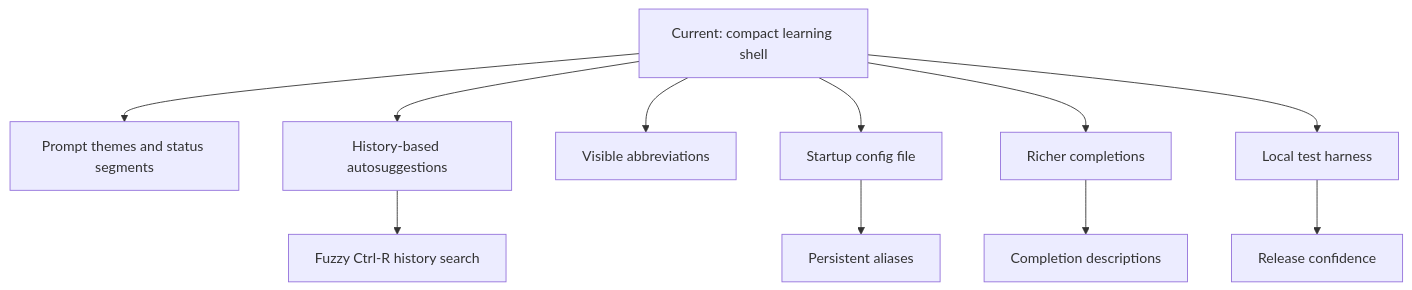
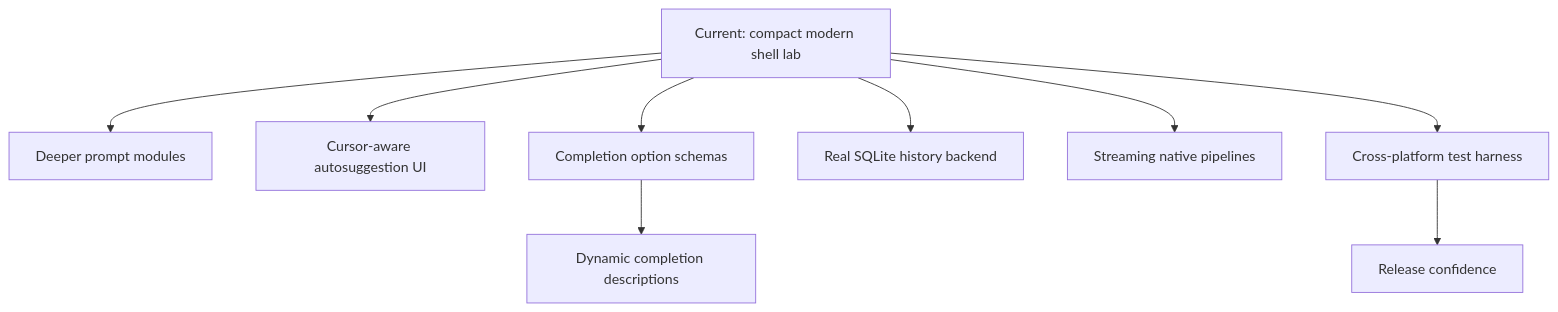
The first of 2 diagrams in docs/FEATURES.md (PascalAI2024/ZiggyZag), drawn with Mermaid before and after one commit. The commit also changed other lines of this file and 6 other files, not shown here.

Commit message:
Add modern shell feature sprint

````diff
--- a/docs/FEATURES.md
+++ b/docs/FEATURES.md
@@ -22,13 +25,11 @@
 ```mermaid
 flowchart TD
-    now["Current: compact learning shell"] --> prompt["Prompt themes and status segments"]
-    now --> suggest["History-based autosuggestions"]
-    now --> abbreviations["Visible abbreviations"]
-    now --> config["Startup config file"]
-    now --> completion["Richer completions"]
-    now --> tests["Local test harness"]
-    suggest --> fuzzy["Fuzzy Ctrl-R history search"]
-    completion --> descriptions["Completion descriptions"]
-    config --> aliases["Persistent aliases"]
+    now["Current: compact modern shell lab"] --> prompt["Deeper prompt modules"]
+    now --> suggest["Cursor-aware autosuggestion UI"]
+    now --> completion["Completion option schemas"]
+    now --> sqlite["Real SQLite history backend"]
+    now --> native["Streaming native pipelines"]
+    now --> tests["Cross-platform test harness"]
+    completion --> descriptions["Dynamic completion descriptions"]
     tests --> releases["Release confidence"]
 ```
````
